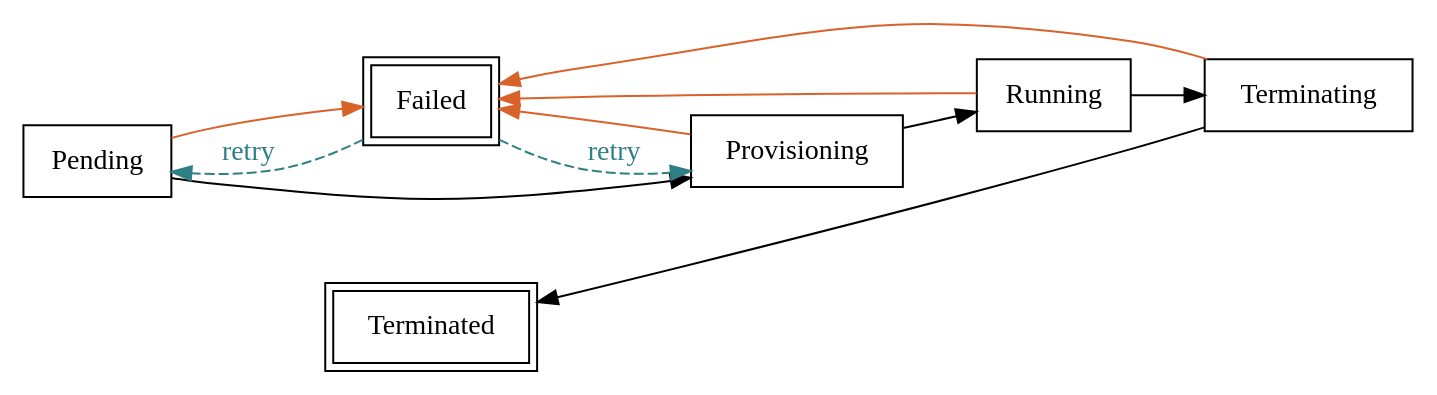
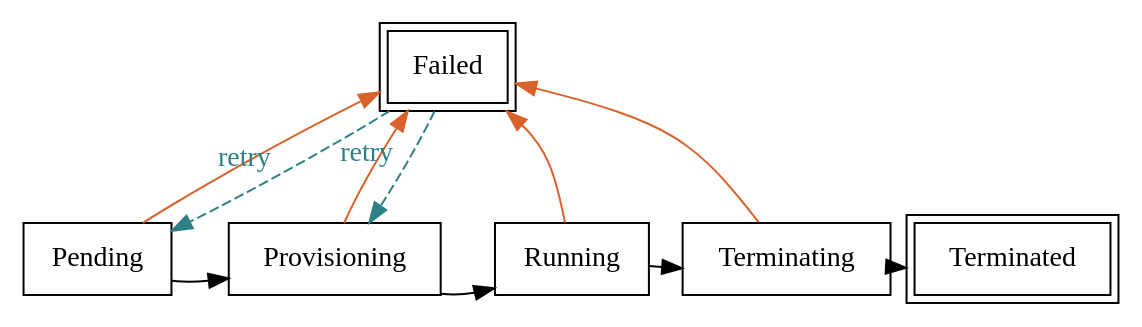
The diagram in cracking-the-systems-programming-interview/diagrams/ch01-state-machine.dot (arpanpathak/cracking-the-systems-programming-interview), drawn with Graphviz before and after one commit. The commit also changed 30 other files, not shown here.

```diff
--- a/cracking-the-systems-programming-interview/diagrams/ch01-state-machine.dot
+++ b/cracking-the-systems-programming-interview/diagrams/ch01-state-machine.dot
@@ -1,18 +1,17 @@
 digraph workload {
-  rankdir=LR;
+  layout=neato; splines=curved; overlap=false;
   node [shape=box];
-  Pending [fillcolor="#fdf1e4"];
-  Terminated [fillcolor="#e3f1ea" peripheries=2];
-  Failed [fillcolor="#fbe3d6" peripheries=2];
-  Pending -> Provisioning;
-  Provisioning -> Running;
-  Running -> Terminating;
-  Terminating -> Terminated;
+  Pending [fillcolor="#fdf1e4" pos="0,0!"];
+  Provisioning [pos="2.1,0!"];
+  Running [pos="4.2,0!"];
+  Terminating [pos="6.1,0!"];
+  Terminated [fillcolor="#e3f1ea" peripheries=2 pos="8.1,0!"];
+  Failed [fillcolor="#fbe3d6" peripheries=2 pos="3.1,1.7!"];
+  Pending -> Provisioning; Provisioning -> Running; Running -> Terminating; Terminating -> Terminated;
   Pending -> Failed [color="#d9622b"];
   Provisioning -> Failed [color="#d9622b"];
   Running -> Failed [color="#d9622b"];
   Terminating -> Failed [color="#d9622b"];
-  Failed -> Pending [style=dashed label=" retry" fontcolor="#2f7f86" color="#2f7f86"];
-  Failed -> Provisioning [style=dashed label=" retry" fontcolor="#2f7f86" color="#2f7f86"];
-  {rank=same; Terminated; Failed}
+  Failed -> Pending [style=dashed label="retry" fontcolor="#2f7f86" color="#2f7f86"];
+  Failed -> Provisioning [style=dashed label="retry" fontcolor="#2f7f86" color="#2f7f86"];
 }
```
